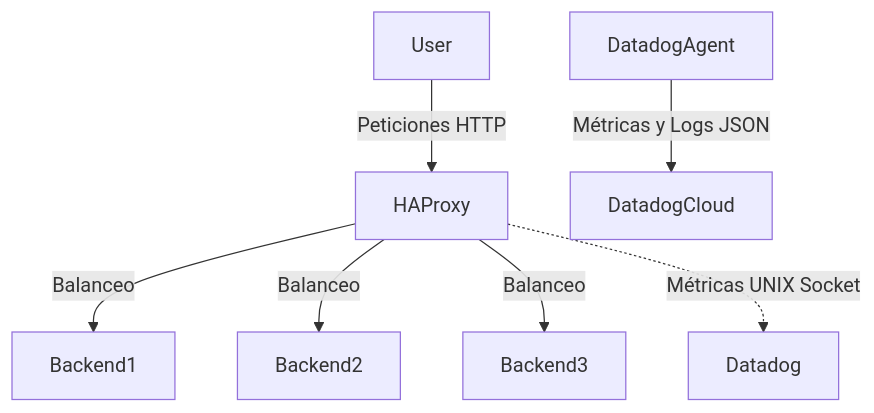
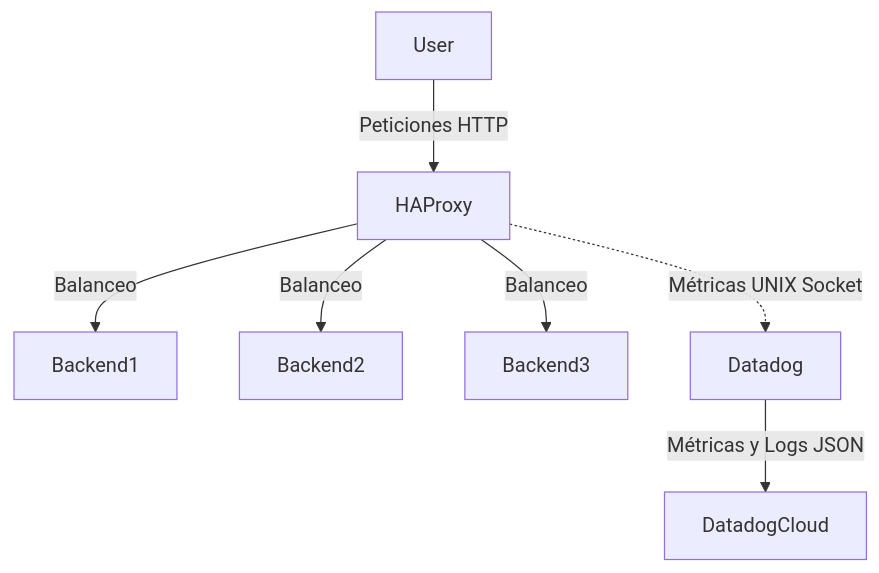
The diagram in README.md (Katar012/proyecto8-haproxy-datadog), drawn with Mermaid before and after one commit.

Commit message:
Fix Datadog reference in README.md

````diff
--- a/README.md
+++ b/README.md
@@ -7,9 +7,9 @@
 ```mermaid
 graph TD;
     User-->|Peticiones HTTP| HAProxy;
     HAProxy-->|Balanceo| Backend1;
     HAProxy-->|Balanceo| Backend2;
     HAProxy-->|Balanceo| Backend3;
     HAProxy-.->|Métricas UNIX Socket| Datadog;
-    DatadogAgent-->|Métricas y Logs JSON| DatadogCloud;
+    Datadog-->|Métricas y Logs JSON| DatadogCloud;
 ```
````
